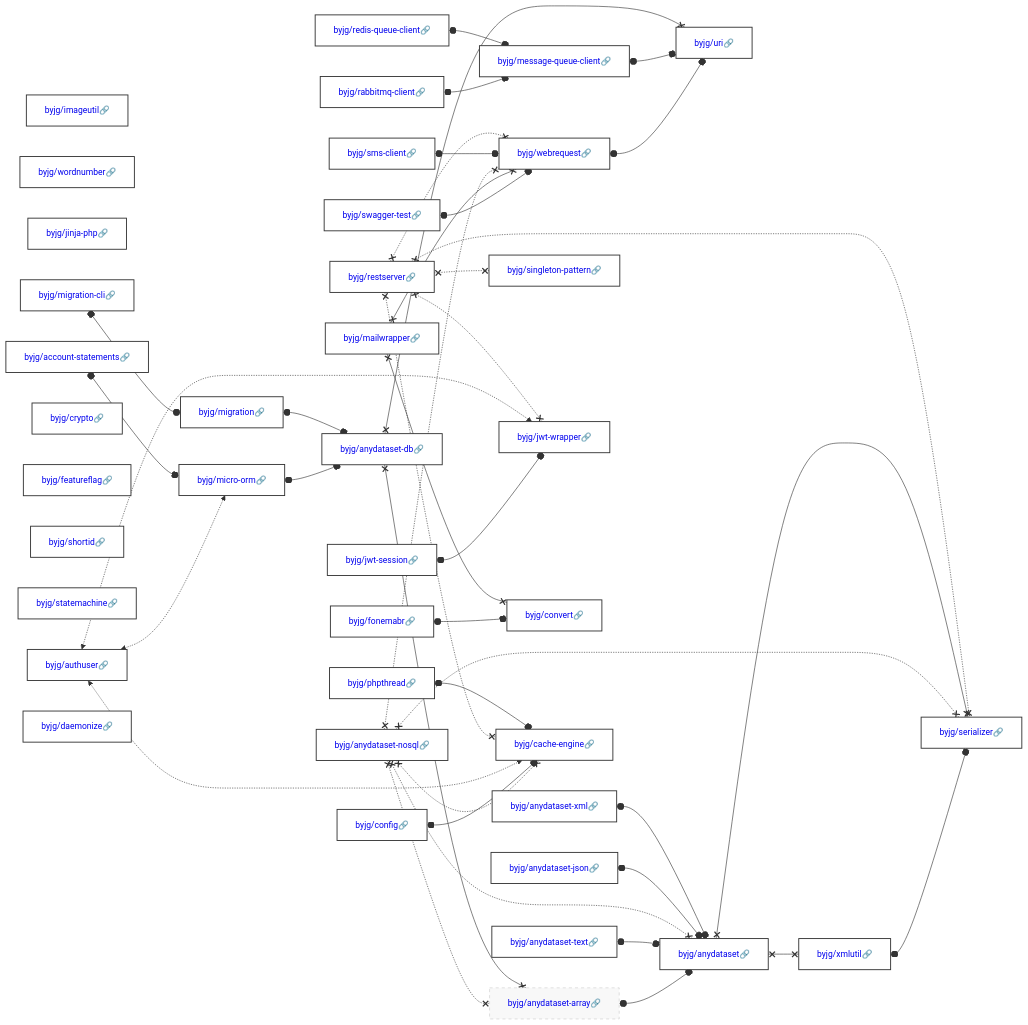
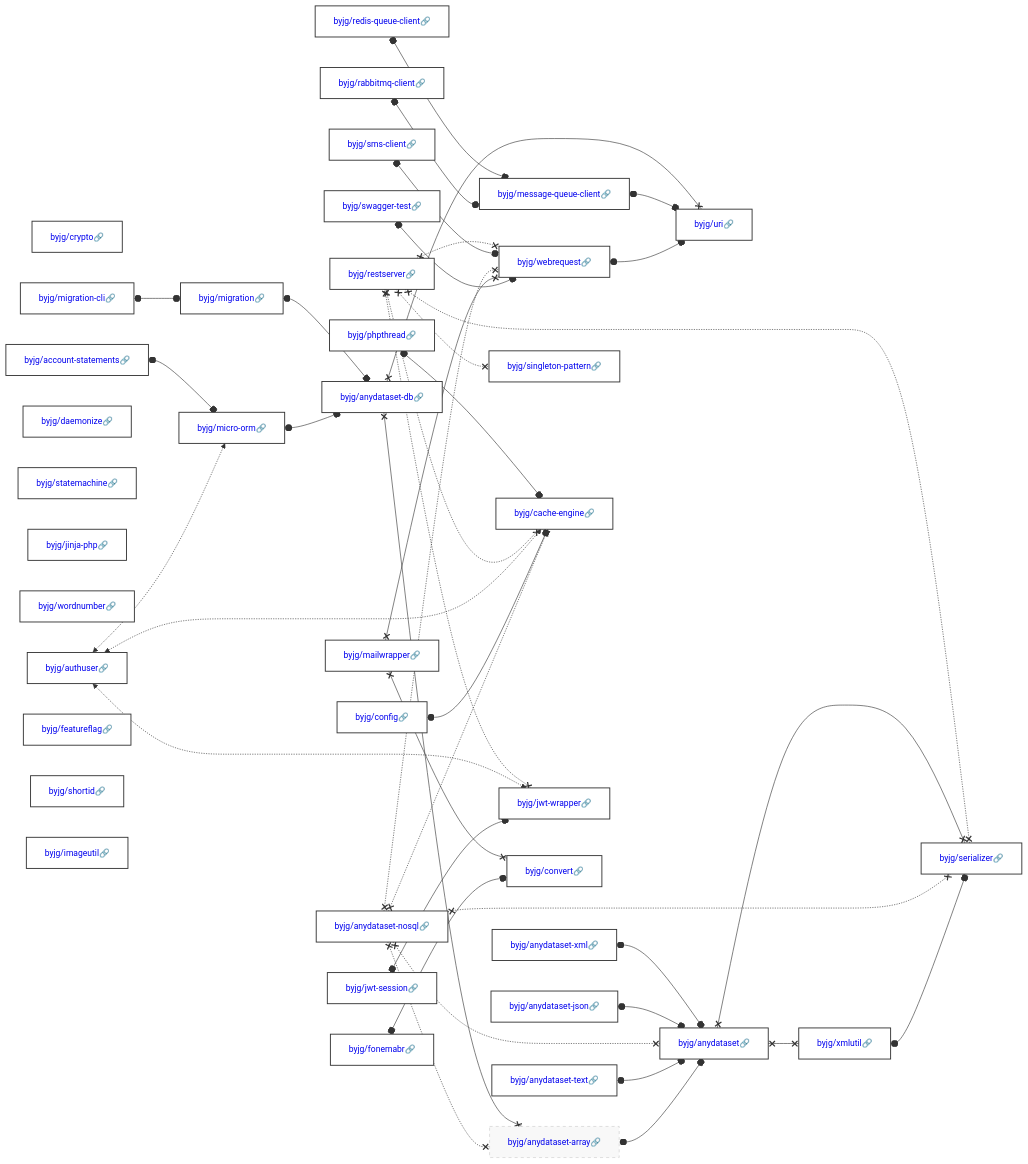
One commit to byjg/byjg.github.io changed the diagram in docs/php/README.md. Above: the diagram before and after it, drawn with Mermaid. The commit also changed other lines of this file, not shown here.

Commit message:
Update documentation 'php' 'php-migration'

````diff
--- a/docs/php/README.md
+++ b/docs/php/README.md
@@ -3,38 +3,38 @@
 ```mermaid
 graph LR;
-  byjg/swagger-test[<a href='https://opensource.byjg.com/docs/php/swagger-test' style='text-decoration:none'>byjg/swagger-test🔗</a>];
-  byjg/imageutil[<a href='https://opensource.byjg.com/docs/php/imageutil' style='text-decoration:none'>byjg/imageutil🔗</a>];
-  byjg/wordnumber[<a href='https://opensource.byjg.com/docs/php/wordnumber' style='text-decoration:none'>byjg/wordnumber🔗</a>];
-  byjg/rabbitmq-client[<a href='https://opensource.byjg.com/docs/php/rabbitmq-client' style='text-decoration:none'>byjg/rabbitmq-client🔗</a>];
-  byjg/jinja-php[<a href='https://opensource.byjg.com/docs/php/jinja-php' style='text-decoration:none'>byjg/jinja-php🔗</a>];
+  byjg/crypto[<a href='https://opensource.byjg.com/docs/php/crypto' style='text-decoration:none'>byjg/crypto🔗</a>];
+  byjg/phpthread[<a href='https://opensource.byjg.com/docs/php/phpthread' style='text-decoration:none'>byjg/phpthread🔗</a>];
   byjg/authuser[<a href='https://opensource.byjg.com/docs/php/authuser' style='text-decoration:none'>byjg/authuser🔗</a>];
-  byjg/anydataset-json[<a href='https://opensource.byjg.com/docs/php/anydataset-json' style='text-decoration:none'>byjg/anydataset-json🔗</a>];
-  byjg/anydataset-xml[<a href='https://opensource.byjg.com/docs/php/anydataset-xml' style='text-decoration:none'>byjg/anydataset-xml🔗</a>];
-  byjg/sms-client[<a href='https://opensource.byjg.com/docs/php/sms-client' style='text-decoration:none'>byjg/sms-client🔗</a>];
-  byjg/redis-queue-client[<a href='https://opensource.byjg.com/docs/php/redis-queue-client' style='text-decoration:none'>byjg/redis-queue-client🔗</a>];
-  byjg/jwt-session[<a href='https://opensource.byjg.com/docs/php/jwt-session' style='text-decoration:none'>byjg/jwt-session🔗</a>];
-  byjg/account-statements[<a href='https://opensource.byjg.com/docs/php/account-statements' style='text-decoration:none'>byjg/account-statements🔗</a>];
-  byjg/crypto[<a href='https://opensource.byjg.com/docs/php/crypto' style='text-decoration:none'>byjg/crypto🔗</a>];
-  byjg/featureflag[<a href='https://opensource.byjg.com/docs/php/featureflag' style='text-decoration:none'>byjg/featureflag🔗</a>];
-  byjg/anydataset-text[<a href='https://opensource.byjg.com/docs/php/anydataset-text' style='text-decoration:none'>byjg/anydataset-text🔗</a>];
-  byjg/restserver[<a href='https://opensource.byjg.com/docs/php/restserver' style='text-decoration:none'>byjg/restserver🔗</a>];
-  byjg/shortid[<a href='https://opensource.byjg.com/docs/php/shortid' style='text-decoration:none'>byjg/shortid🔗</a>];
-  byjg/fonemabr[<a href='https://opensource.byjg.com/docs/php/fonemabr' style='text-decoration:none'>byjg/fonemabr🔗</a>];
-  byjg/statemachine[<a href='https://opensource.byjg.com/docs/php/statemachine' style='text-decoration:none'>byjg/statemachine🔗</a>];
   byjg/migration-cli[<a href='https://opensource.byjg.com/docs/php/migration-cli' style='text-decoration:none'>byjg/migration-cli🔗</a>];
   byjg/anydataset-nosql[<a href='https://opensource.byjg.com/docs/php/anydataset-nosql' style='text-decoration:none'>byjg/anydataset-nosql🔗</a>];
+  byjg/anydataset-text[<a href='https://opensource.byjg.com/docs/php/anydataset-text' style='text-decoration:none'>byjg/anydataset-text🔗</a>];
   byjg/daemonize[<a href='https://opensource.byjg.com/docs/php/daemonize' style='text-decoration:none'>byjg/daemonize🔗</a>];
-  byjg/phpthread[<a href='https://opensource.byjg.com/docs/php/phpthread' style='text-decoration:none'>byjg/phpthread🔗</a>];
+  byjg/fonemabr[<a href='https://opensource.byjg.com/docs/php/fonemabr' style='text-decoration:none'>byjg/fonemabr🔗</a>];
+  byjg/swagger-test[<a href='https://opensource.byjg.com/docs/php/swagger-test' style='text-decoration:none'>byjg/swagger-test🔗</a>];
+  byjg/statemachine[<a href='https://opensource.byjg.com/docs/php/statemachine' style='text-decoration:none'>byjg/statemachine🔗</a>];
+  byjg/anydataset-xml[<a href='https://opensource.byjg.com/docs/php/anydataset-xml' style='text-decoration:none'>byjg/anydataset-xml🔗</a>];
+  byjg/jinja-php[<a href='https://opensource.byjg.com/docs/php/jinja-php' style='text-decoration:none'>byjg/jinja-php🔗</a>];
+  byjg/anydataset-json[<a href='https://opensource.byjg.com/docs/php/anydataset-json' style='text-decoration:none'>byjg/anydataset-json🔗</a>];
+  byjg/redis-queue-client[<a href='https://opensource.byjg.com/docs/php/redis-queue-client' style='text-decoration:none'>byjg/redis-queue-client🔗</a>];
+  byjg/config[<a href='https://opensource.byjg.com/docs/php/config' style='text-decoration:none'>byjg/config🔗</a>];
+  byjg/sms-client[<a href='https://opensource.byjg.com/docs/php/sms-client' style='text-decoration:none'>byjg/sms-client🔗</a>];
+  byjg/wordnumber[<a href='https://opensource.byjg.com/docs/php/wordnumber' style='text-decoration:none'>byjg/wordnumber🔗</a>];
+  byjg/account-statements[<a href='https://opensource.byjg.com/docs/php/account-statements' style='text-decoration:none'>byjg/account-statements🔗</a>];
+  byjg/featureflag[<a href='https://opensource.byjg.com/docs/php/featureflag' style='text-decoration:none'>byjg/featureflag🔗</a>];
+  byjg/shortid[<a href='https://opensource.byjg.com/docs/php/shortid' style='text-decoration:none'>byjg/shortid🔗</a>];
+  byjg/imageutil[<a href='https://opensource.byjg.com/docs/php/imageutil' style='text-decoration:none'>byjg/imageutil🔗</a>];
+  byjg/jwt-session[<a href='https://opensource.byjg.com/docs/php/jwt-session' style='text-decoration:none'>byjg/jwt-session🔗</a>];
+  byjg/rabbitmq-client[<a href='https://opensource.byjg.com/docs/php/rabbitmq-client' style='text-decoration:none'>byjg/rabbitmq-client🔗</a>];
+  byjg/restserver[<a href='https://opensource.byjg.com/docs/php/restserver' style='text-decoration:none'>byjg/restserver🔗</a>];
   byjg/mailwrapper[<a href='https://opensource.byjg.com/docs/php/mailwrapper' style='text-decoration:none'>byjg/mailwrapper🔗</a>];
-  byjg/config[<a href='https://opensource.byjg.com/docs/php/config' style='text-decoration:none'>byjg/config🔗</a>];
+  byjg/migration[<a href='https://opensource.byjg.com/docs/php/migration' style='text-decoration:none'>byjg/migration🔗</a>];
+  byjg/micro-orm[<a href='https://opensource.byjg.com/docs/php/micro-orm' style='text-decoration:none'>byjg/micro-orm🔗</a>];
   byjg/message-queue-client[<a href='https://opensource.byjg.com/docs/php/message-queue-client' style='text-decoration:none'>byjg/message-queue-client🔗</a>];
-  byjg/micro-orm[<a href='https://opensource.byjg.com/docs/php/micro-orm' style='text-decoration:none'>byjg/micro-orm🔗</a>];
   byjg/singleton-pattern[<a href='https://opensource.byjg.com/docs/php/singleton-pattern' style='text-decoration:none'>byjg/singleton-pattern🔗</a>];
+  byjg/cache-engine[<a href='https://opensource.byjg.com/docs/php/cache-engine' style='text-decoration:none'>byjg/cache-engine🔗</a>];
   byjg/jwt-wrapper[<a href='https://opensource.byjg.com/docs/php/jwt-wrapper' style='text-decoration:none'>byjg/jwt-wrapper🔗</a>];
-  byjg/migration[<a href='https://opensource.byjg.com/docs/php/migration' style='text-decoration:none'>byjg/migration🔗</a>];
   byjg/convert[<a href='https://opensource.byjg.com/docs/php/convert' style='text-decoration:none'>byjg/convert🔗</a>];
   byjg/webrequest[<a href='https://opensource.byjg.com/docs/php/webrequest' style='text-decoration:none'>byjg/webrequest🔗</a>];
-  byjg/cache-engine[<a href='https://opensource.byjg.com/docs/php/cache-engine' style='text-decoration:none'>byjg/cache-engine🔗</a>];
   byjg/anydataset-db[<a href='https://opensource.byjg.com/docs/php/anydataset-db' style='text-decoration:none'>byjg/anydataset-db🔗</a>];
   byjg/anydataset-array[<a href='https://opensource.byjg.com/docs/php/anydataset-array' style='text-decoration:none'>byjg/anydataset-array🔗</a>];
   byjg/uri[<a href='https://opensource.byjg.com/docs/php/uri' style='text-decoration:none'>byjg/uri🔗</a>];
````
